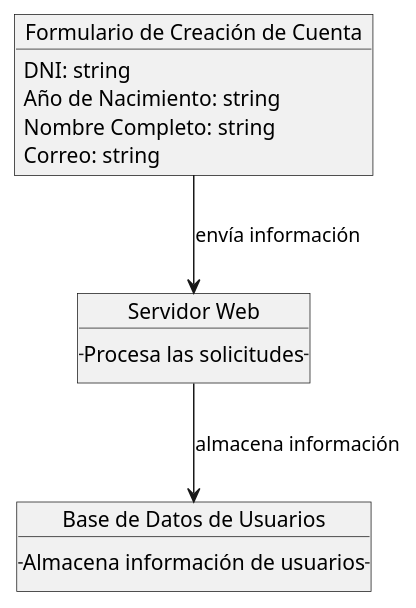
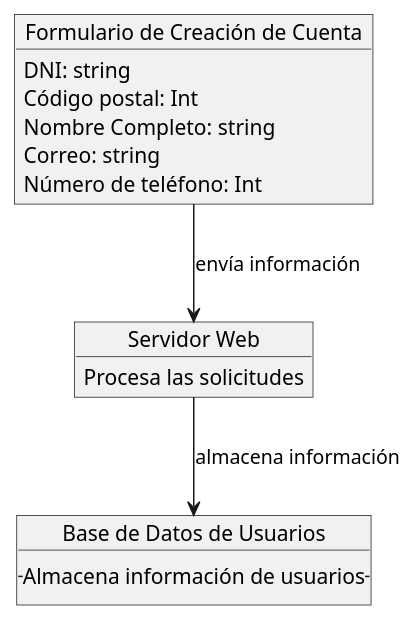
Before and after one commit to pablarce/23-24-IdSw1-SDR: the diagram in CasosDeUso/Procesos/CduCreacionDeCuenta/diagramaDeObjeto.puml, drawn with PlantUML.

Commit message:
nuevo diagramaDeObjeto cc

```diff
--- a/CasosDeUso/Procesos/CduCreacionDeCuenta/diagramaDeObjeto.puml
+++ b/CasosDeUso/Procesos/CduCreacionDeCuenta/diagramaDeObjeto.puml
@@ -1,19 +1,20 @@
 @startuml
 object "Formulario de Creación de Cuenta" as formulario {
   DNI: string
-  Año de Nacimiento: string
+  Código postal: Int
   Nombre Completo: string
   Correo: string
+  Número de teléfono: Int
 }
 
 object "Base de Datos de Usuarios" as base_de_datos {
   -- Almacena información de usuarios --
 }
 
 object "Servidor Web" as servidor {
-  -- Procesa las solicitudes --
+   Procesa las solicitudes 
 }
 
 formulario --> servidor : envía información
 servidor --> base_de_datos : almacena información
 @enduml
```
